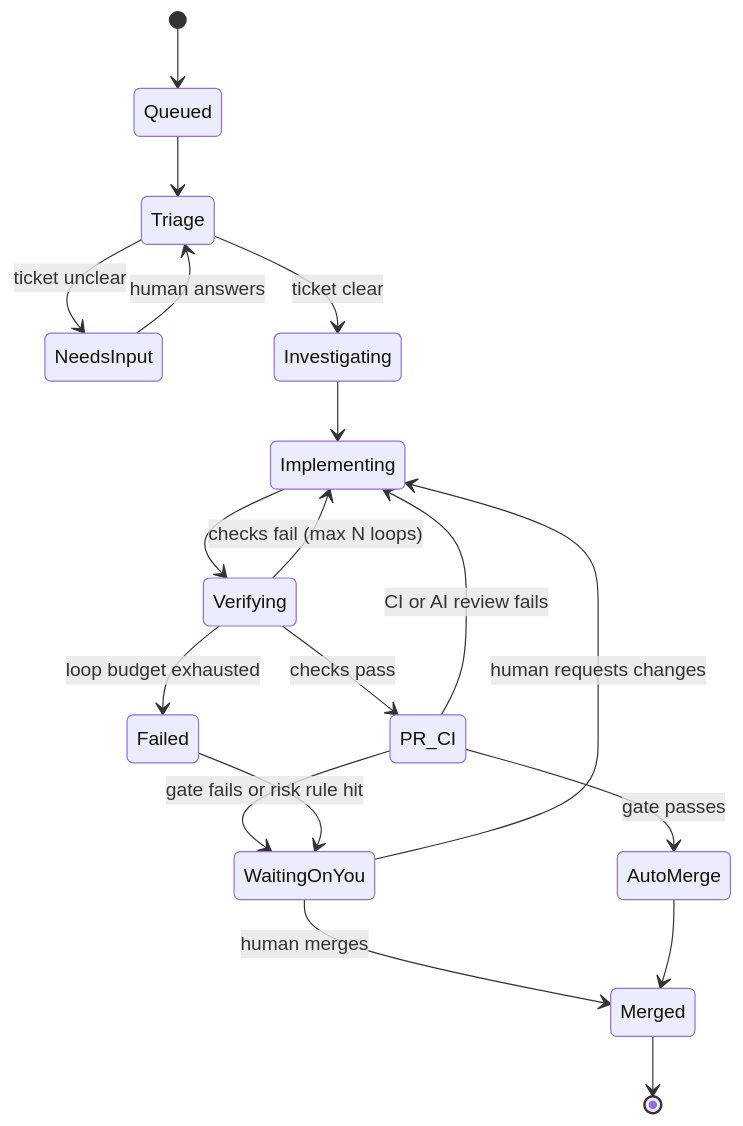
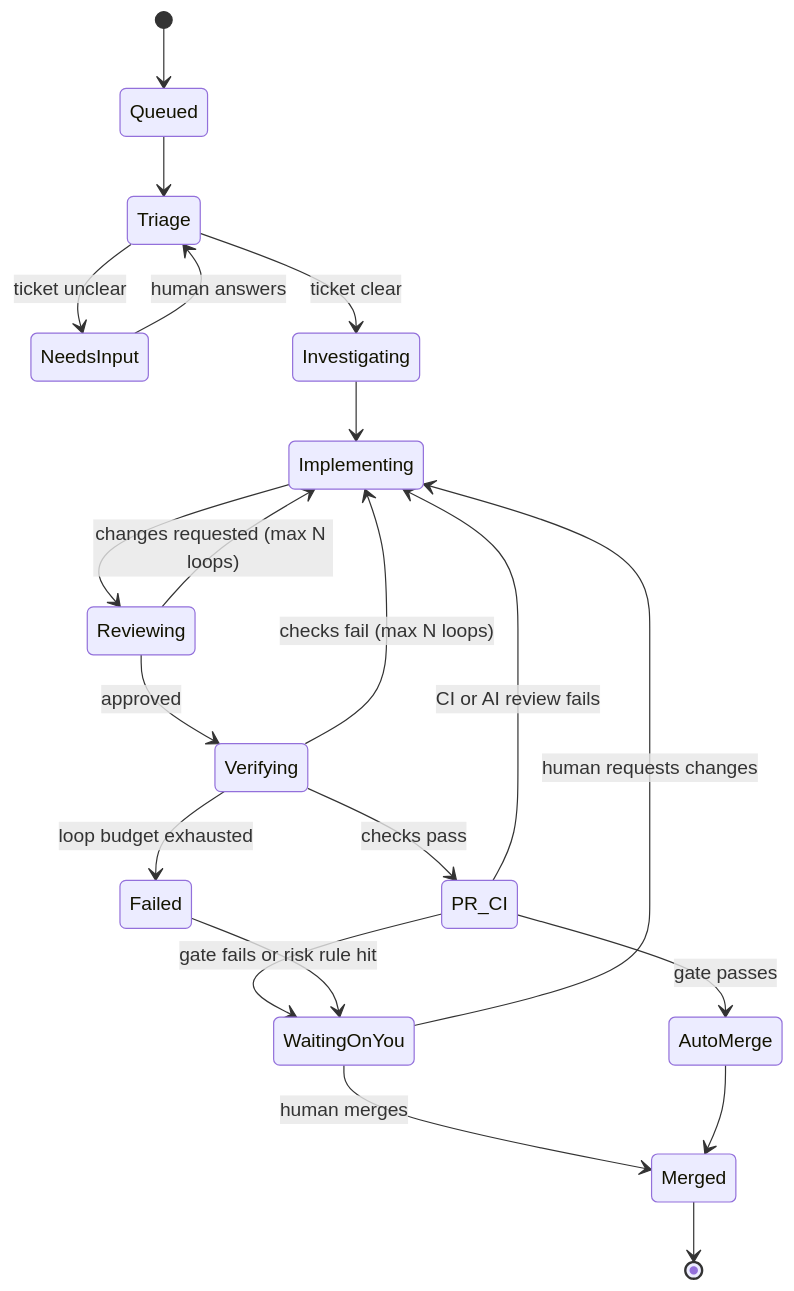
Before and after one commit to gckjdev/foundry: the first of 2 diagrams in software-factory-product-spec.md, drawn with Mermaid. The commit also changed other lines of this file and 36 other files, not shown here.

````diff
--- a/software-factory-product-spec.md
+++ b/software-factory-product-spec.md
@@ -162,21 +162,23 @@
 ```mermaid
 stateDiagram-v2
     [*] --> Queued
     Queued --> Triage
     Triage --> NeedsInput: ticket unclear
     NeedsInput --> Triage: human answers
     Triage --> Investigating: ticket clear
     Investigating --> Implementing
-    Implementing --> Verifying
+    Implementing --> Reviewing
+    Reviewing --> Implementing: changes requested (max N loops)
+    Reviewing --> Verifying: approved
     Verifying --> Implementing: checks fail (max N loops)
     Verifying --> PR_CI: checks pass
     PR_CI --> Implementing: CI or AI review fails
     PR_CI --> AutoMerge: gate passes
     PR_CI --> WaitingOnYou: gate fails or risk rule hit
     WaitingOnYou --> Implementing: human requests changes
     WaitingOnYou --> Merged: human merges
     AutoMerge --> Merged
     Verifying --> Failed: loop budget exhausted
     Merged --> [*]
     Failed --> WaitingOnYou
 ```
````
